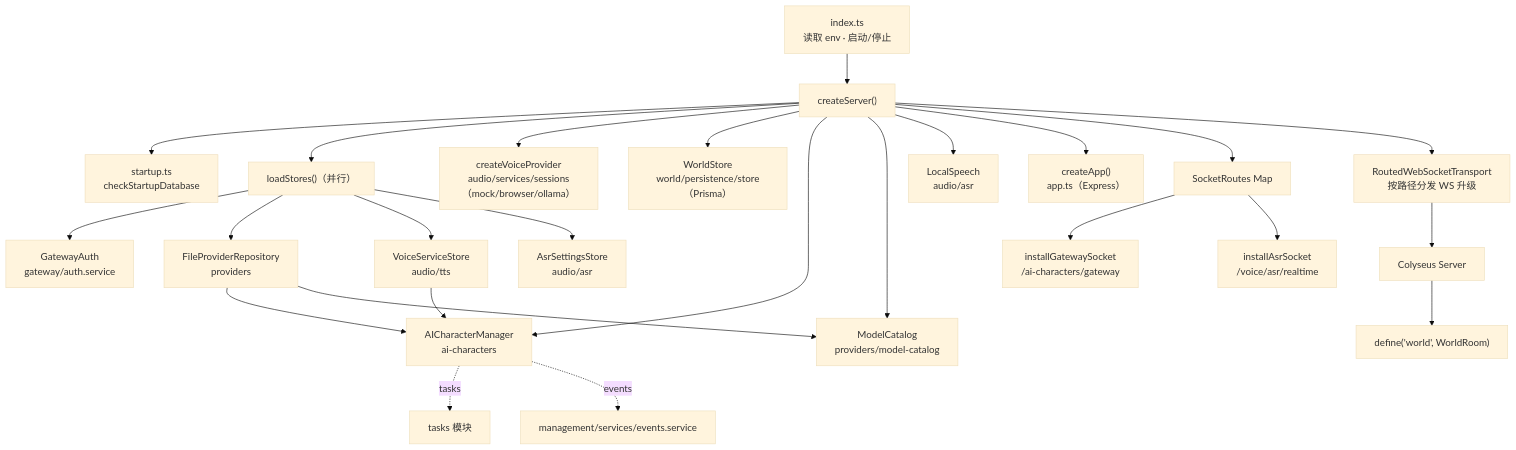
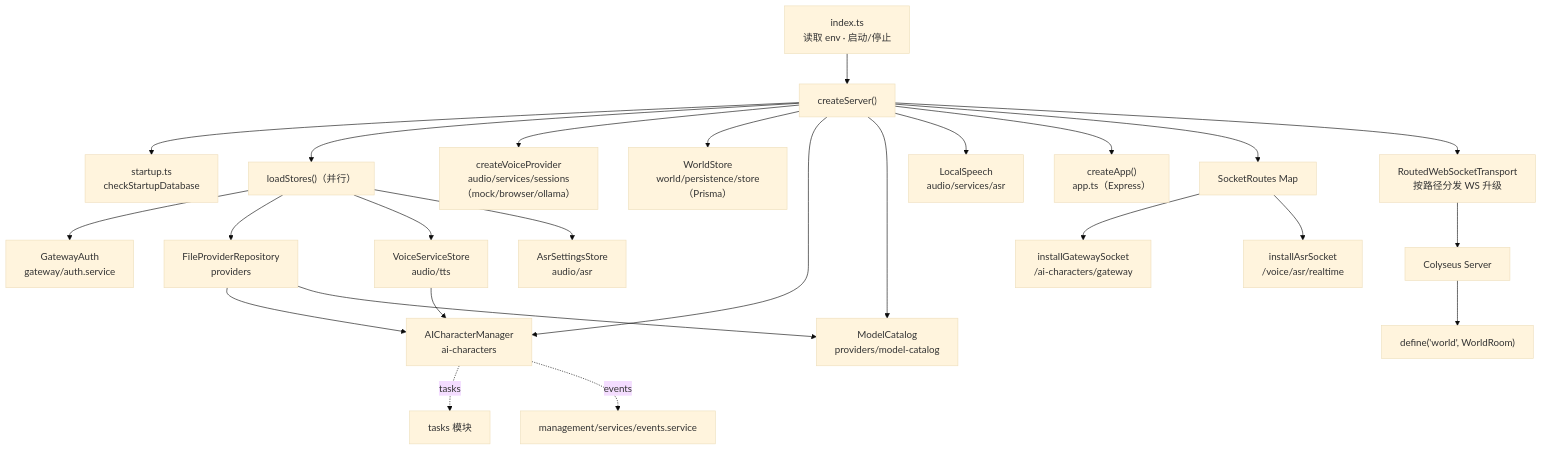
Before and after one commit to lulabs-org/embocraft: the fourth of 14 diagrams in docs/guide/architecture-diagrams.md, drawn with Mermaid (base theme). The commit also changed 23 other files, not shown here.

Commit message:
refactor(server): organize audio ASR services

````diff
--- a/docs/guide/architecture-diagrams.md
+++ b/docs/guide/architecture-diagrams.md
@@ -87,32 +87,32 @@
 ```mermaid
 graph TD
     Index["index.ts<br/>读取 env · 启动/停止"] --> Create["createServer()"]
 
     Create --> Startup["startup.ts<br/>checkStartupDatabase"]
     Create --> Stores["loadStores()（并行）"]
     Stores --> GA["GatewayAuth<br/>gateway/auth.service"]
     Stores --> PS["FileProviderRepository<br/>providers"]
     Stores --> VS["VoiceServiceStore<br/>audio/tts"]
     Stores --> AS["AsrSettingsStore<br/>audio/asr"]
 
     Create --> VP["createVoiceProvider<br/>audio/services/sessions（mock/browser/ollama）"]
     Create --> WS["WorldStore<br/>world/persistence/store（Prisma）"]
     Create --> ACM["AICharacterManager<br/>ai-characters"]
     Create --> MC["ModelCatalog<br/>providers/model-catalog"]
-    Create --> LS["LocalSpeech<br/>audio/asr"]
+    Create --> LS["LocalSpeech<br/>audio/services/asr"]
 
     Create --> App["createApp()<br/>app.ts（Express）"]
     Create --> Sockets["SocketRoutes Map"]
     Sockets --> GWS["installGatewaySocket<br/>/ai-characters/gateway"]
     Sockets --> ASRS["installAsrSocket<br/>/voice/asr/realtime"]
 
     Create --> Transport["RoutedWebSocketTransport<br/>按路径分发 WS 升级"]
     Transport --> Colyseus["Colyseus Server"]
     Colyseus --> Room["define('world', WorldRoom)"]
 
     ACM -.->|tasks| Tasks["tasks 模块"]
     ACM -.->|events| Events["management/services/events.service"]
     PS --> ACM
     VS --> ACM
     PS --> MC
 ```
````
